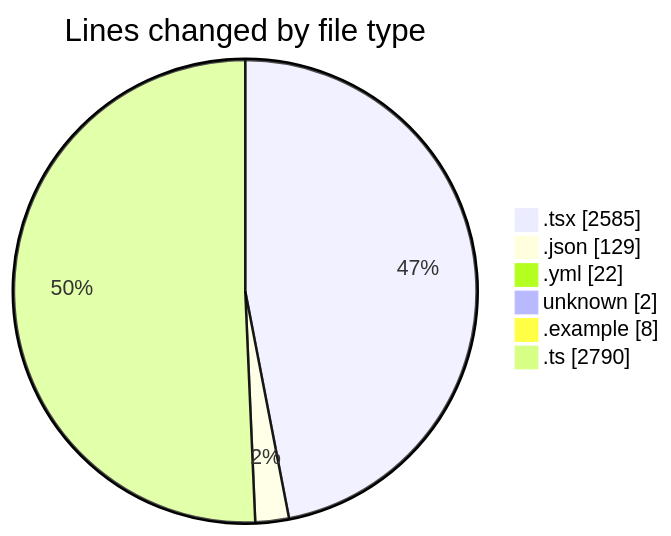
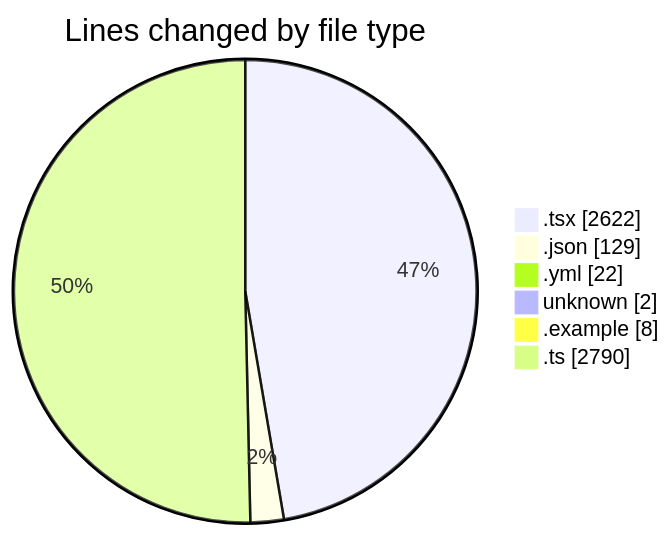
One commit to julien-gomy/code-tracking changed the first of 2 diagrams in 2025-11-21/eventscop-frontend-guide__workspace_/README.md. Above: the diagram before and after it, drawn with Mermaid. The commit also changed other lines of this file and 1 other file, not shown here.

````diff
--- a/2025-11-21/eventscop-frontend-guide__workspace_/README.md
+++ b/2025-11-21/eventscop-frontend-guide__workspace_/README.md
@@ -59,10 +59,10 @@
 ```mermaid
 pie showData
 title Lines changed by file type
-".tsx" : 2585
+".tsx" : 2622
 ".json" : 129
 ".yml" : 22
 "unknown" : 2
 ".example" : 8
 ".ts" : 2790
 ```
````
